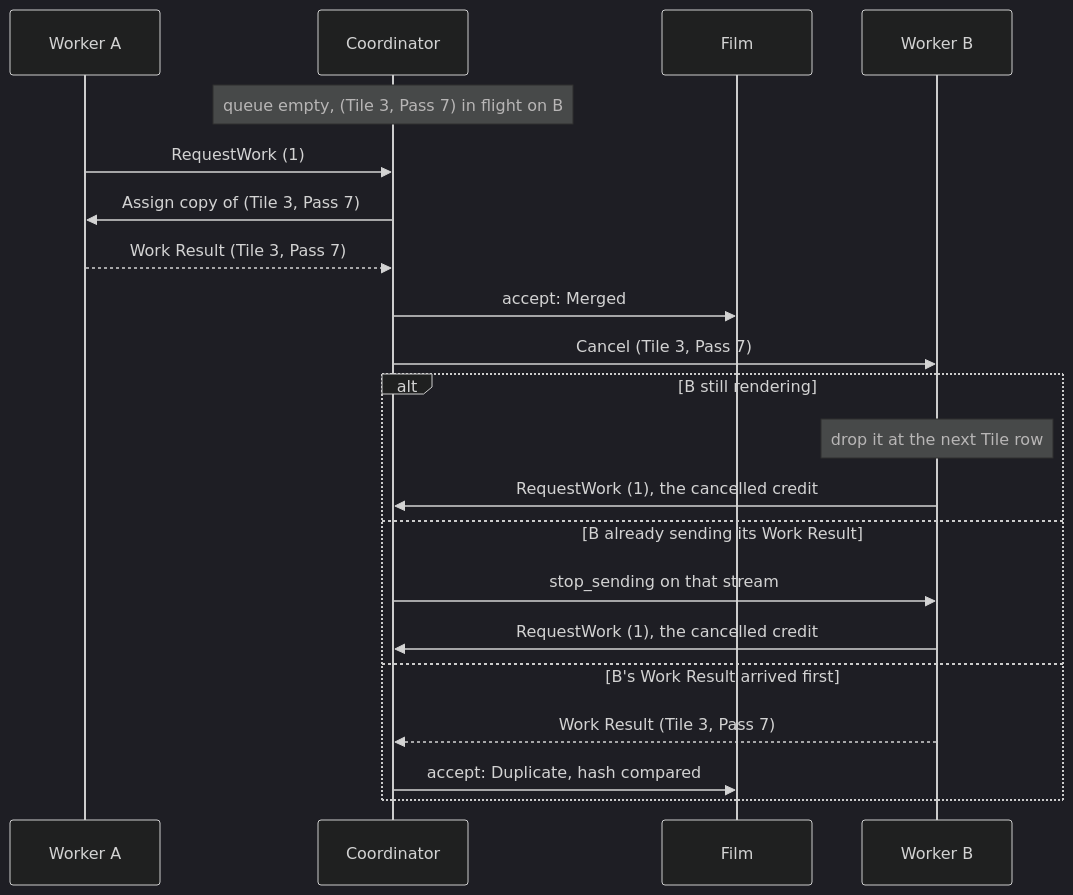
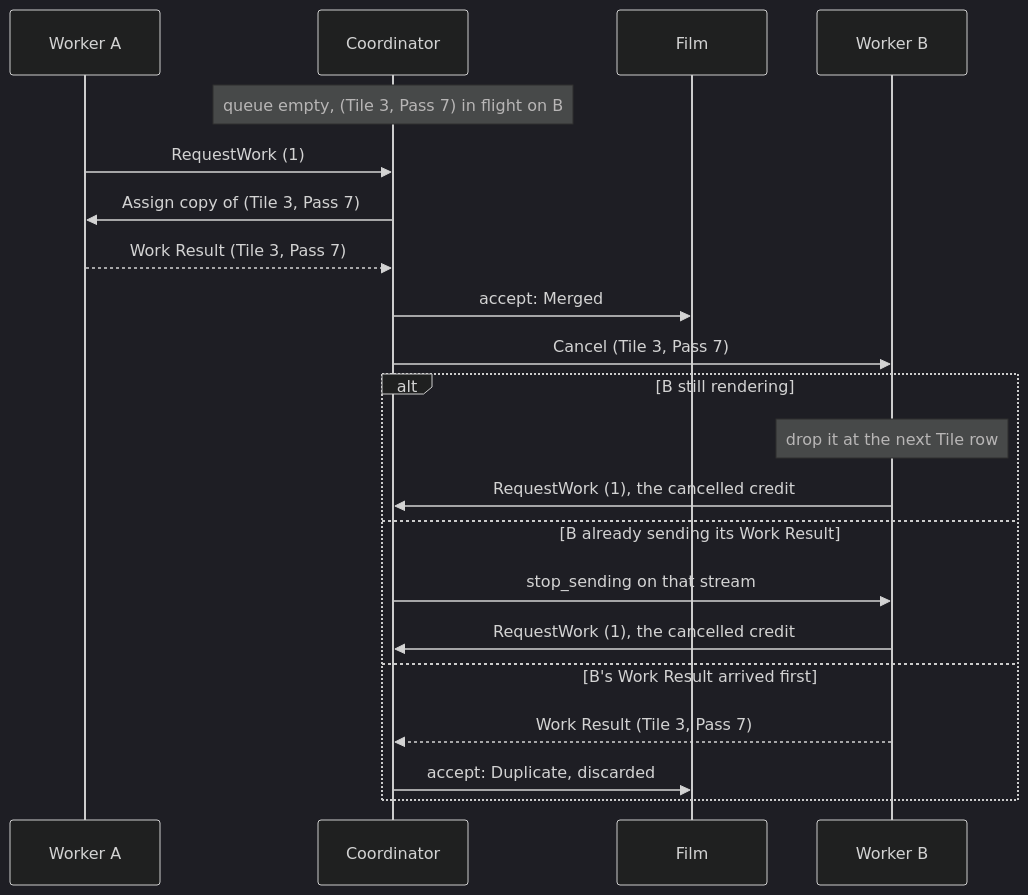
One commit to sergioffpc/umbra changed the fourth of 6 diagrams in docs/architecture/06-runtime-view.md. Above: the diagram before and after it, drawn with Mermaid (dark theme). The commit also changed other lines of this file and 28 other files, not shown here.

````diff
--- a/docs/architecture/06-runtime-view.md
+++ b/docs/architecture/06-runtime-view.md
@@ -125,23 +125,23 @@
 ```mermaid
 sequenceDiagram
     participant A as Worker A
     participant C as Coordinator
     participant F as Film
     participant B as Worker B
     Note over C: queue empty, (Tile 3, Pass 7) in flight on B
     A->>C: RequestWork (1)
     C->>A: Assign copy of (Tile 3, Pass 7)
     A-->>C: Work Result (Tile 3, Pass 7)
     C->>F: accept: Merged
     C->>B: Cancel (Tile 3, Pass 7)
     alt B still rendering
         Note over B: drop it at the next Tile row
         B->>C: RequestWork (1), the cancelled credit
     else B already sending its Work Result
         C->>B: stop_sending on that stream
         B->>C: RequestWork (1), the cancelled credit
     else B's Work Result arrived first
         B-->>C: Work Result (Tile 3, Pass 7)
-        C->>F: accept: Duplicate, hash compared
+        C->>F: accept: Duplicate, discarded
     end
 ```
````
